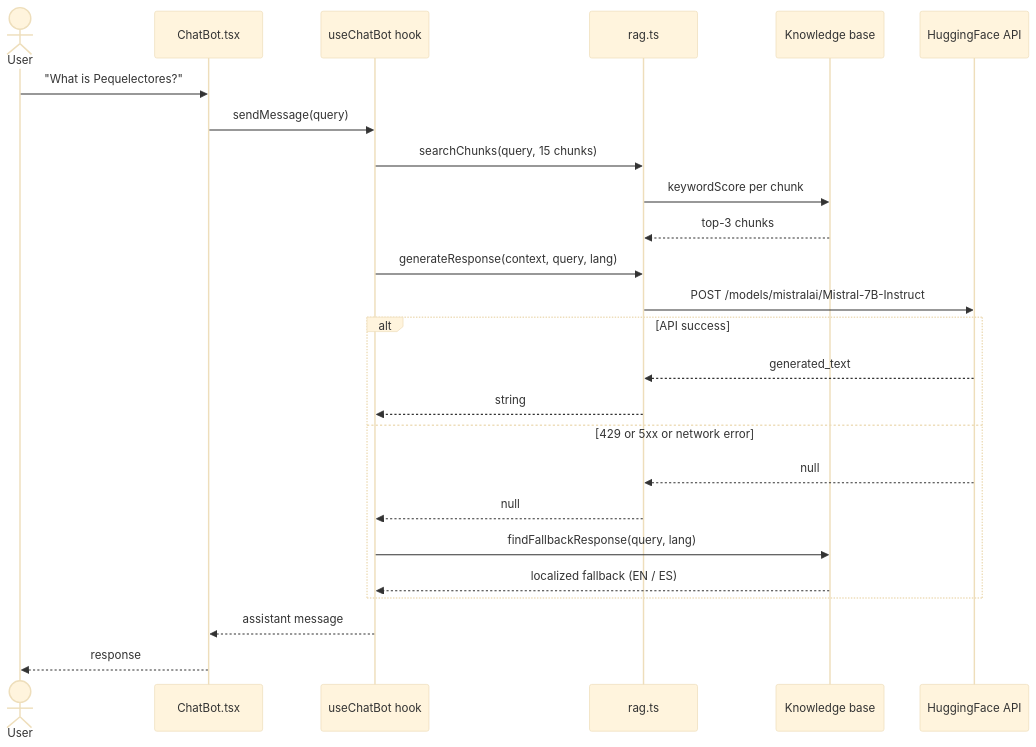
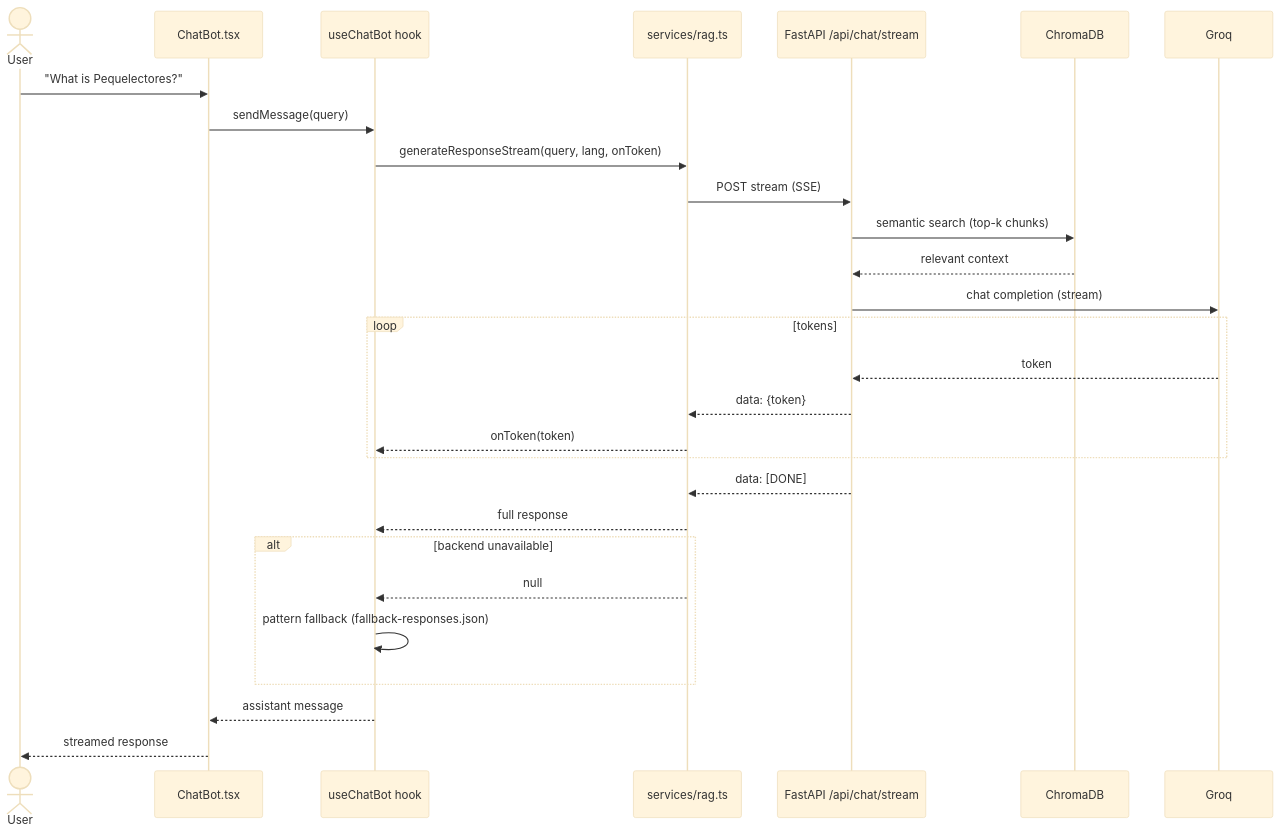
One commit to jdvalmart/portafolio-jdvalmart changed the second of 3 diagrams in README.md. Above: the diagram before and after it, drawn with Mermaid (base theme). The commit also changed other lines of this file and 11 other files, not shown here.

````diff
--- a/README.md
+++ b/README.md
@@ -81,30 +85,33 @@
 ```mermaid
 sequenceDiagram
     actor U as User
     participant C as ChatBot.tsx
     participant H as useChatBot hook
-    participant R as rag.ts
-    participant K as Knowledge base
-    participant A as HuggingFace API
+    participant R as services/rag.ts
+    participant A as FastAPI /api/chat/stream
+    participant V as ChromaDB
+    participant G as Groq
 
     U->>C: "What is Pequelectores?"
     C->>H: sendMessage(query)
-    H->>R: searchChunks(query, 15 chunks)
-    R->>K: keywordScore per chunk
-    K-->>R: top-3 chunks
-    H->>R: generateResponse(context, query, lang)
-    R->>A: POST /models/mistralai/Mistral-7B-Instruct
+    H->>R: generateResponseStream(query, lang, onToken)
+    R->>A: POST stream (SSE)
+    A->>V: semantic search (top-k chunks)
+    V-->>A: relevant context
+    A->>G: chat completion (stream)
+    loop tokens
+        G-->>A: token
+        A-->>R: data: {token}
+        R-->>H: onToken(token)
+    end
+    A-->>R: data: [DONE]
+    R-->>H: full response
 
-    alt API success
-        A-->>R: generated_text
-        R-->>H: string
-    else 429 or 5xx or network error
-        A-->>R: null
+    alt backend unavailable
         R-->>H: null
-        H->>K: findFallbackResponse(query, lang)
-        K-->>H: localized fallback (EN / ES)
+        H->>H: pattern fallback (fallback-responses.json)
     end
 
     H-->>C: assistant message
-    C-->>U: response
+    C-->>U: streamed response
 ```
````
